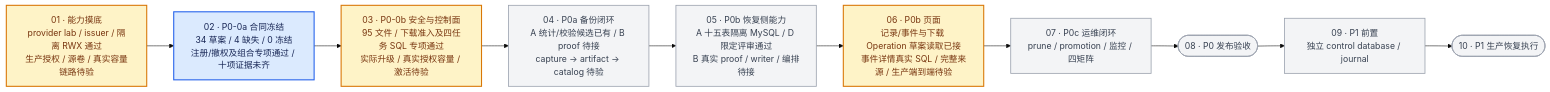
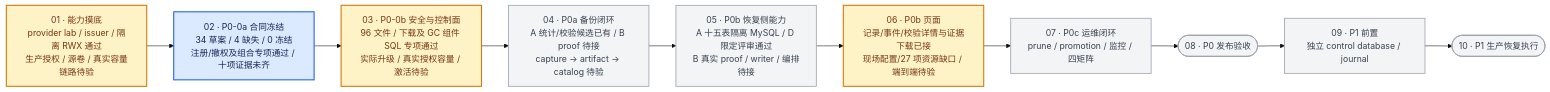
Before and after one commit to Li-Day-Day/ClawManager: the diagram in docs/system-backup-development-flow.md, drawn with Mermaid (base theme). The commit also changed other lines of this file and 2319 other files, not shown here.

````diff
--- a/docs/system-backup-development-flow.md
+++ b/docs/system-backup-development-flow.md
@@ -37,22 +48,22 @@
 ```mermaid
 flowchart LR
     S["01 · 能力摸底<br/>provider lab / issuer / 隔离 RWX 通过<br/>生产授权 / 源卷 / 真实容量链路待验"]
     A["02 · P0-0a 合同冻结<br/>34 草案 / 4 缺失 / 0 冻结<br/>注册/撤权及组合专项通过 / 十项证据未齐"]
-    B["03 · P0-0b 安全与控制面<br/>95 文件 / 下载准入及四任务 SQL 专项通过<br/>实际升级 / 真实授权容量 / 激活待验"]
+    B["03 · P0-0b 安全与控制面<br/>96 文件 / 下载及 GC 组件 SQL 专项通过<br/>实际升级 / 真实授权容量 / 激活待验"]
     C["04 · P0a 备份闭环<br/>A 统计/校验候选已有 / B proof 待接<br/>capture → artifact → catalog 待验"]
     D["05 · P0b 恢复侧能力<br/>A 十五表隔离 MySQL / D 限定评审通过<br/>B 真实 proof / writer / 编排待接"]
-    U["06 · P0b 页面<br/>记录/事件与下载 Operation 草案读取已接<br/>事件详情真实 SQL / 完整来源 / 生产端到端待验"]
+    U["06 · P0b 页面<br/>记录/事件/校验详情与证据下载已接<br/>现场配置/27 项资源缺口 / 端到端待验"]
     E["07 · P0c 运维闭环<br/>prune / promotion / 监控 / 四矩阵"]
     G(["08 · P0 发布验收"])
     J["09 · P1 前置<br/>独立 control database / journal"]
     P(["10 · P1 生产恢复执行"])
 
     S --> A --> B --> C --> D --> U --> E --> G --> J --> P
 
     classDef active fill:#DBEAFE,stroke:#2563EB,stroke-width:2px,color:#172554
     classDef partial fill:#FEF3C7,stroke:#D97706,stroke-width:2px,color:#78350F
     classDef planned fill:#F3F4F6,stroke:#9CA3AF,stroke-width:1.5px,color:#374151
     class A active
     class S,B,U partial
     class C,D,E,G,J,P planned
 ```
````
